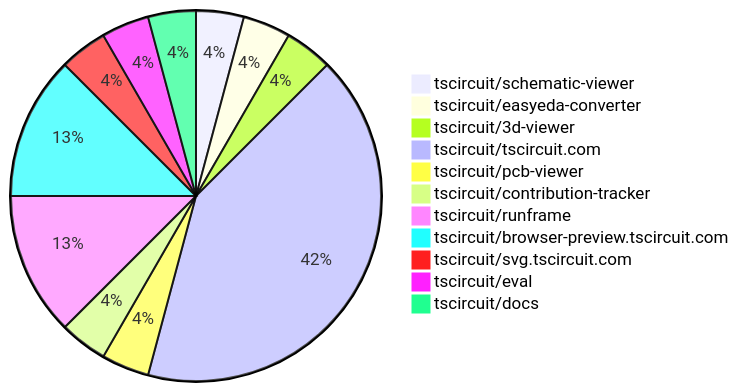
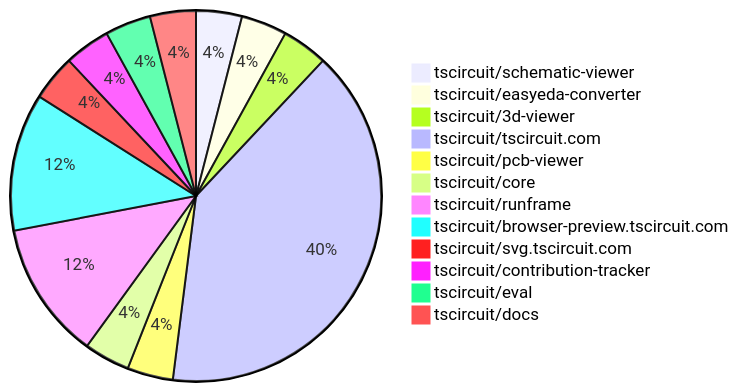
Before and after one commit to tscircuit/contribution-tracker: the diagram in README.md, drawn with Mermaid. The commit also changed other lines of this file and 2 other files, not shown here.

Commit message:
Update contribution overviews

````diff
--- a/README.md
+++ b/README.md
@@ -24,14 +24,15 @@
 ```mermaid
 pie
     "tscircuit/schematic-viewer" : 1
     "tscircuit/easyeda-converter" : 1
     "tscircuit/3d-viewer" : 1
     "tscircuit/tscircuit.com" : 10
     "tscircuit/pcb-viewer" : 1
-    "tscircuit/contribution-tracker" : 1
+    "tscircuit/core" : 1
     "tscircuit/runframe" : 3
     "tscircuit/browser-preview.tscircuit.com" : 3
     "tscircuit/svg.tscircuit.com" : 1
+    "tscircuit/contribution-tracker" : 1
     "tscircuit/eval" : 1
     "tscircuit/docs" : 1
 ```
````
